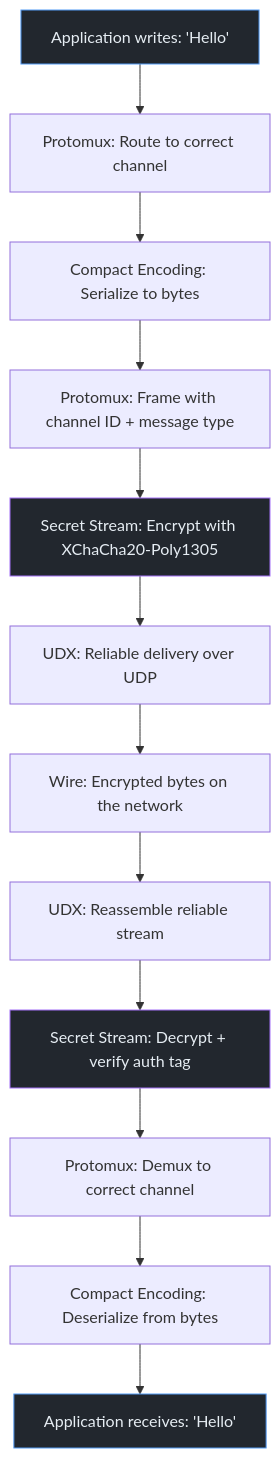
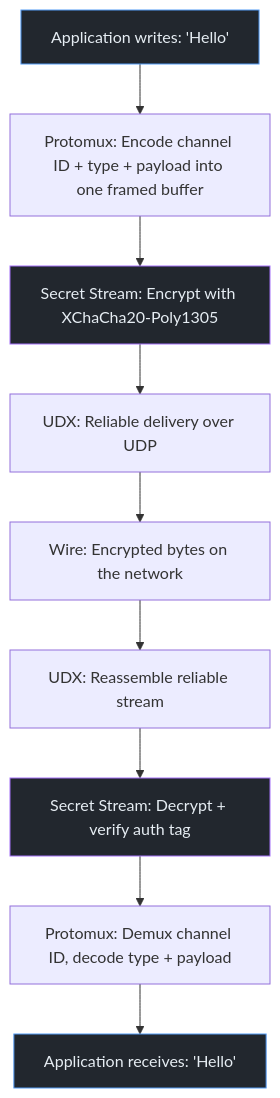
One commit to heart-IT/p2p-from-scratch changed the second of 2 diagrams in md/part-2-encrypted-pipes.md. Above: the diagram before and after it, drawn with Mermaid. The commit also changed other lines of this file and 16 other files, not shown here.

````diff
--- a/md/part-2-encrypted-pipes.md
+++ b/md/part-2-encrypted-pipes.md
@@ -341,20 +370,17 @@
 ```mermaid
 graph TD
-    A["Application writes: 'Hello'"] --> B["Protomux: Route to correct channel"]
-    B --> C["Compact Encoding: Serialize to bytes"]
-    C --> D["Protomux: Frame with channel ID + message type"]
-    D --> E["Secret Stream: Encrypt with XChaCha20-Poly1305"]
+    A["Application writes: 'Hello'"] --> B["Protomux: Encode channel ID + type + payload into one framed buffer"]
+    B --> E["Secret Stream: Encrypt with XChaCha20-Poly1305"]
     E --> F["UDX: Reliable delivery over UDP"]
     F --> G["Wire: Encrypted bytes on the network"]
 
     G --> H["UDX: Reassemble reliable stream"]
     H --> I["Secret Stream: Decrypt + verify auth tag"]
-    I --> J["Protomux: Demux to correct channel"]
-    J --> K["Compact Encoding: Deserialize from bytes"]
-    K --> L["Application receives: 'Hello'"]
+    I --> J["Protomux: Demux channel ID, decode type + payload"]
+    J --> L["Application receives: 'Hello'"]
 
     style A fill:#22272e,stroke:#539bf5,color:#e6edf3
     style L fill:#22272e,stroke:#539bf5,color:#e6edf3
     style E fill:#22272e,stroke:#a371f7,color:#e6edf3
     style I fill:#22272e,stroke:#a371f7,color:#e6edf3
 ```
````
